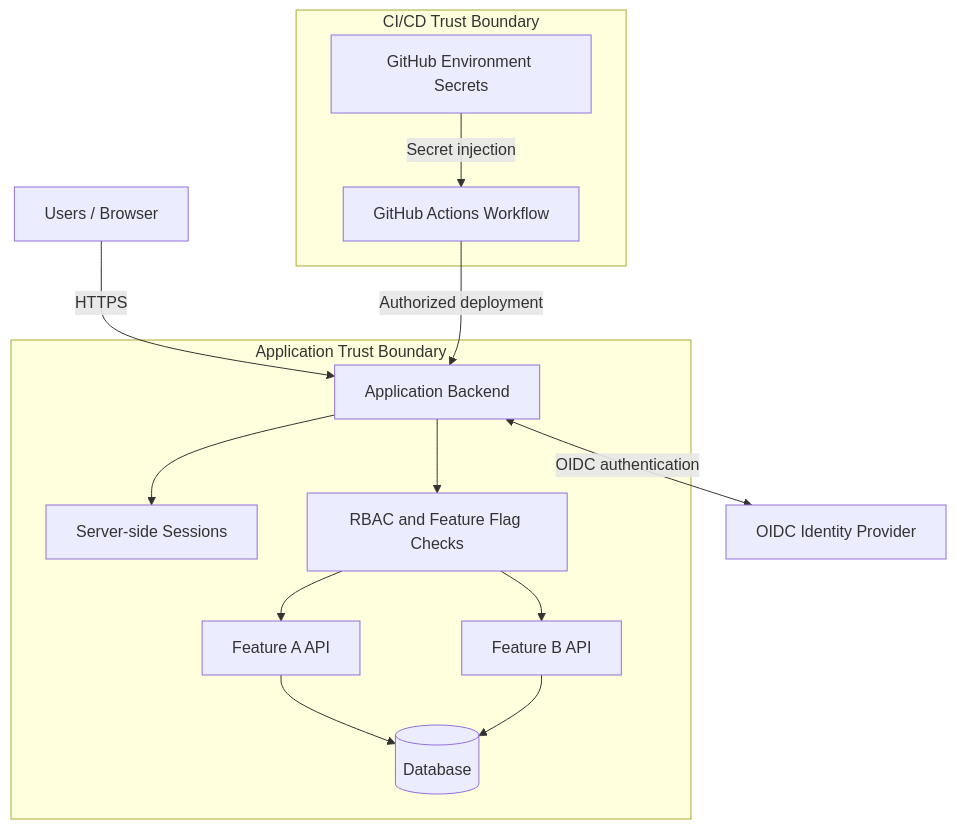
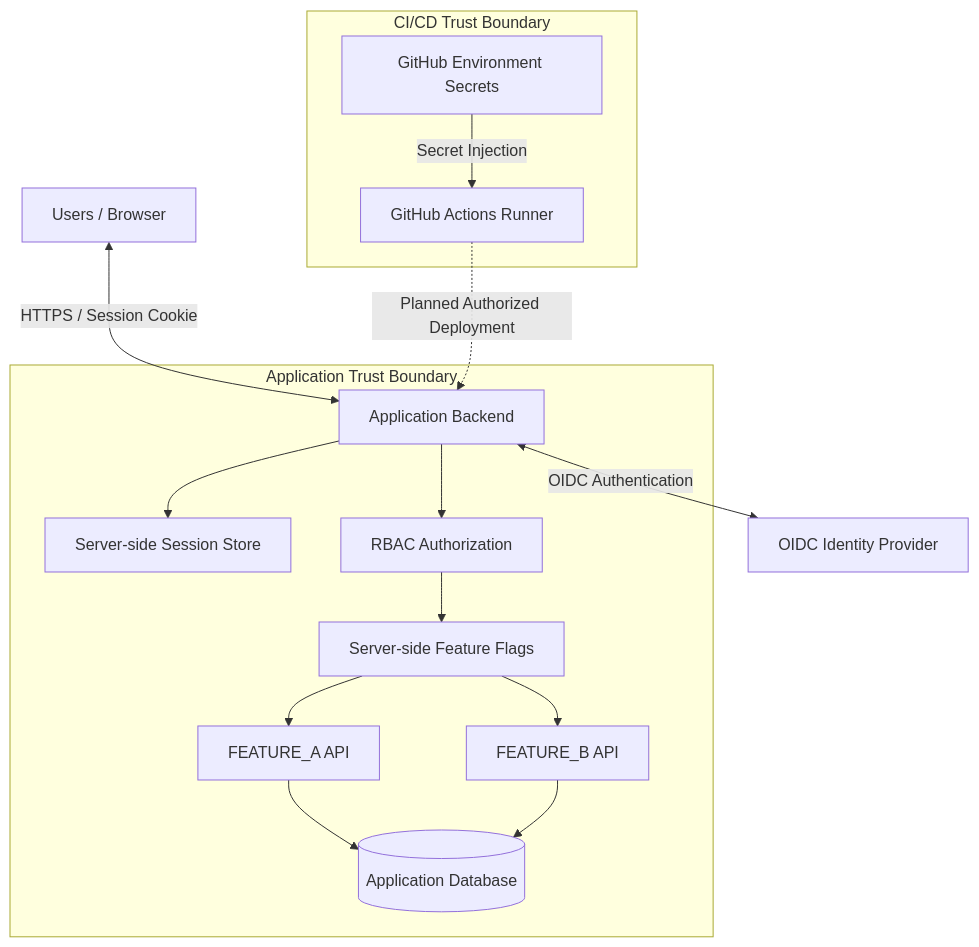
One commit to ntust-devops-group/devops-final-project changed the diagram in docs/security-design.md. Above: the diagram before and after it, drawn with Mermaid. The commit also changed other lines of this file, not shown here.

````diff
--- a/docs/security-design.md
+++ b/docs/security-design.md
@@ -19,32 +76,34 @@
 ```mermaid
 flowchart TD
     U["Users / Browser"]
     I["OIDC Identity Provider"]
 
-    subgraph SERVER["Application Trust Boundary"]
+    subgraph APP["Application Trust Boundary"]
         B["Application Backend"]
-        S["Server-side Sessions"]
-        R["RBAC and Feature Flag Checks"]
-        A["Feature A API"]
-        C["Feature B API"]
-        D[("Database")]
+        S["Server-side Session Store"]
+        R["RBAC Authorization"]
+        F["Server-side Feature Flags"]
+        A["FEATURE_A API"]
+        C["FEATURE_B API"]
+        D[("Application Database")]
 
         B --> S
         B --> R
-        R --> A
-        R --> C
+        R --> F
+        F --> A
+        F --> C
         A --> D
         C --> D
     end
 
-    U -->|"HTTPS"| B
-    B <-->|"OIDC authentication"| I
+    U <-->|"HTTPS / Session Cookie"| B
+    B <-->|"OIDC Authentication"| I
 
-    subgraph CICD["CI/CD Trust Boundary"]
+    subgraph CI["CI/CD Trust Boundary"]
         G["GitHub Environment Secrets"]
-        W["GitHub Actions Workflow"]
-        G -->|"Secret injection"| W
+        W["GitHub Actions Runner"]
+        G -->|"Secret Injection"| W
     end
 
-    W -->|"Authorized deployment"| B
+    W -.->|"Planned Authorized Deployment"| B
 ```
````
